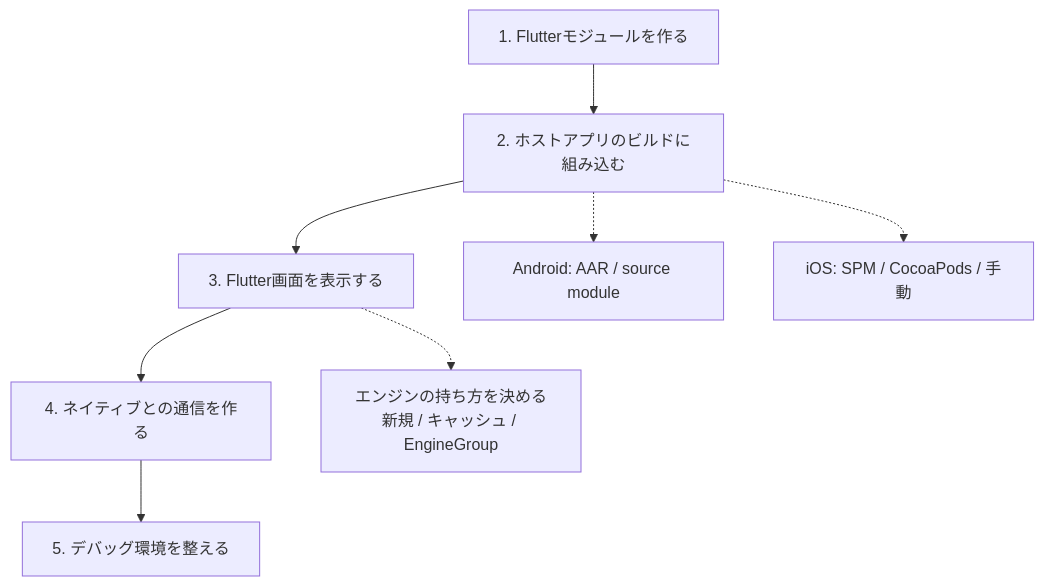
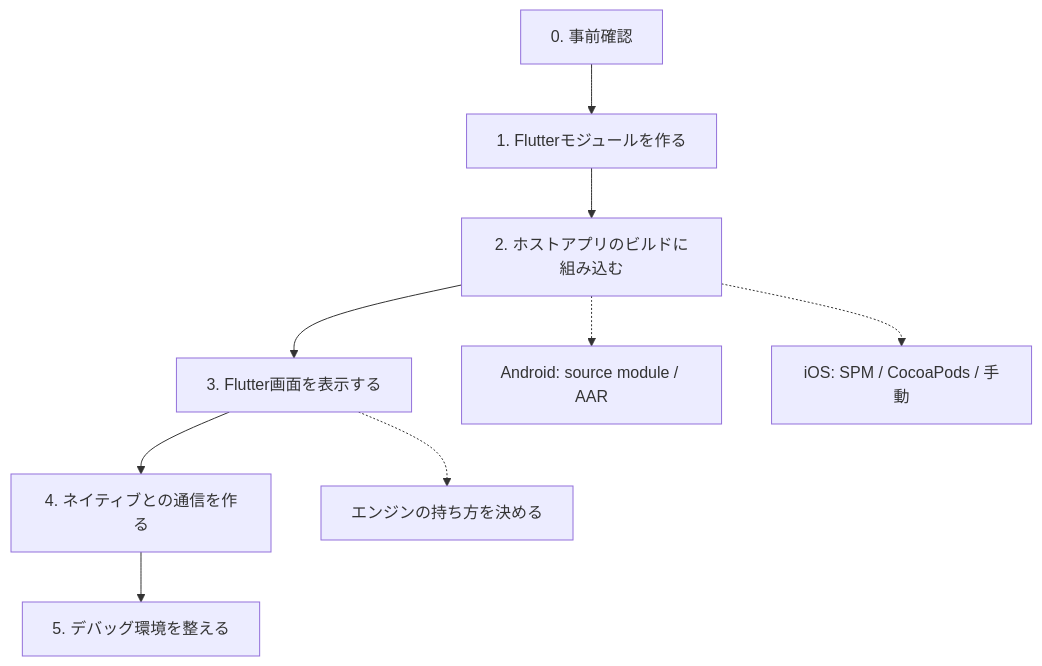
Before and after one commit to HiroshiOshiro/flutter-add-to-app-poc2: the diagram in docs/MIGRATION_GUIDE.md, drawn with Mermaid. The commit also changed other lines of this file and 2 other files, not shown here.

````diff
--- a/docs/MIGRATION_GUIDE.md
+++ b/docs/MIGRATION_GUIDE.md
@@ -90,11 +72,12 @@
 ```mermaid
 flowchart TB
-    A["1. Flutterモジュールを作る"] --> B["2. ホストアプリのビルドに組み込む"]
-    B --> C["3. Flutter画面を表示する"]
-    C --> D["4. ネイティブとの通信を作る"]
-    D --> E["5. デバッグ環境を整える"]
+    A["0. 事前確認"] --> B["1. Flutterモジュールを作る"]
+    B --> C["2. ホストアプリのビルドに組み込む"]
+    C --> D["3. Flutter画面を表示する"]
+    D --> E["4. ネイティブとの通信を作る"]
+    E --> F["5. デバッグ環境を整える"]
 
-    B -.-> B1["Android: AAR / source module"]
-    B -.-> B2["iOS: SPM / CocoaPods / 手動"]
-    C -.-> C1["エンジンの持ち方を決める<br/>新規 / キャッシュ / EngineGroup"]
+    C -.-> C1["Android: source module / AAR"]
+    C -.-> C2["iOS: SPM / CocoaPods / 手動"]
+    D -.-> D1["エンジンの持ち方を決める"]
 ```
````
